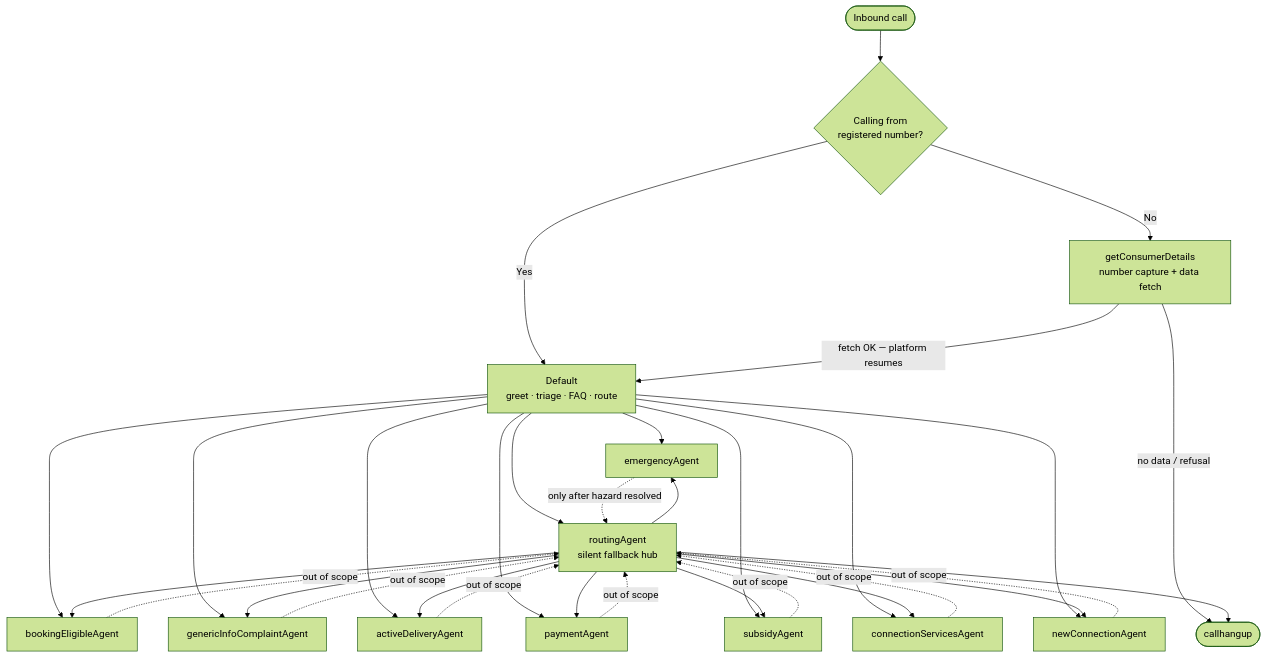
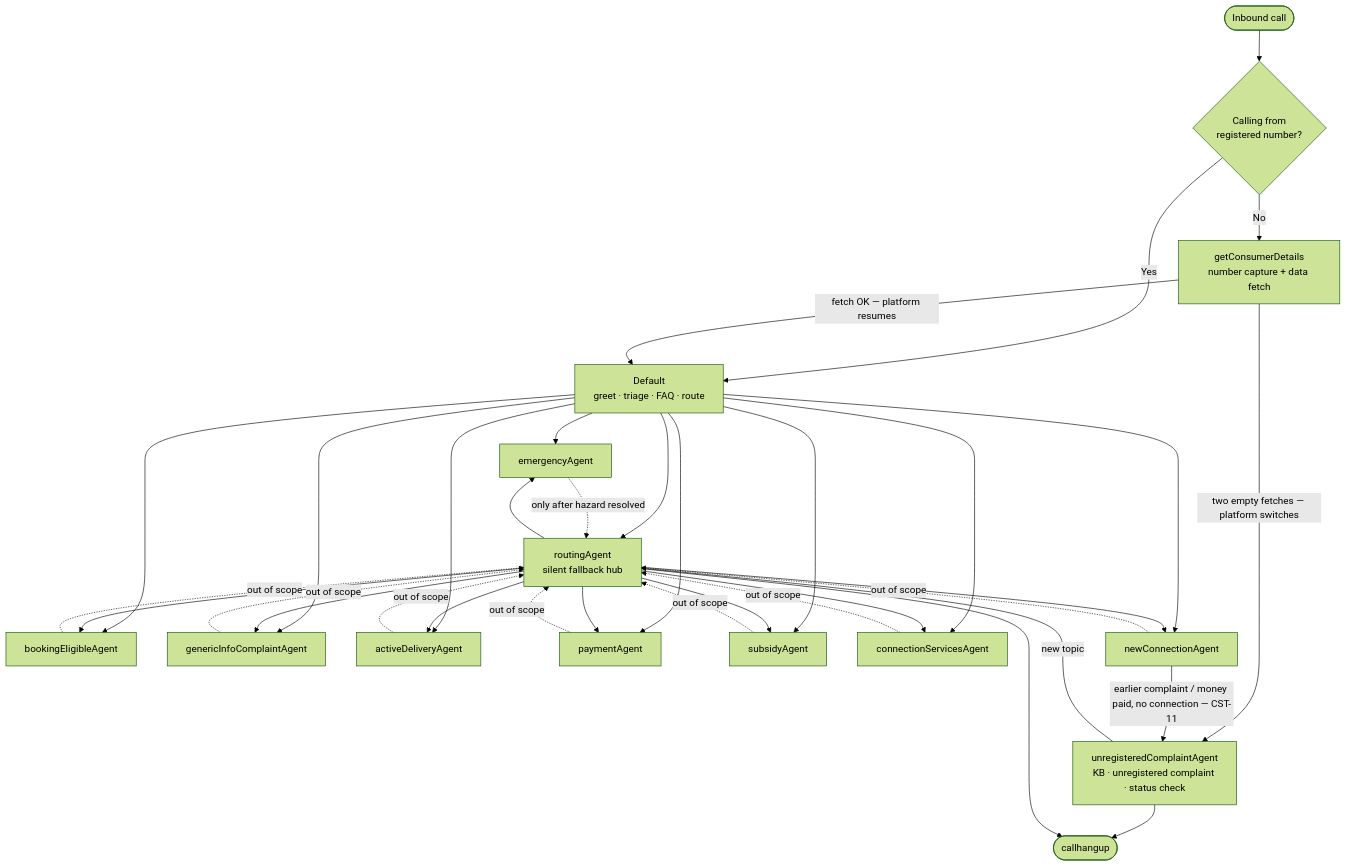
One commit to vijay-vo/vo_prompts changed the diagram in bpcl_prompts/bpcl_showroom_crc/docs/agent-workflow.md. Above: the diagram before and after it, drawn with Mermaid (forest theme). The commit also changed other lines of this file and 22 other files, not shown here.

First line of the commit message:
CRC: bpcl_showroom_crc copied as-is from crc-complaint-status (production), rest of main unchanged

````diff
--- a/bpcl_prompts/bpcl_showroom_crc/docs/agent-workflow.md
+++ b/bpcl_prompts/bpcl_showroom_crc/docs/agent-workflow.md
@@ -11,39 +11,42 @@
 ```mermaid
 graph TD
     START([Inbound call]) --> REG{Calling from<br/>registered number?}
 
     REG -->|No| GCD[getConsumerDetails<br/>number capture + data fetch]
     REG -->|Yes| DEF
 
     GCD -->|fetch OK — platform resumes| DEF[Default<br/>greet · triage · FAQ · route]
-    GCD -->|no data / refusal| HANG([callhangup])
+    GCD -->|two empty fetches — platform switches| UNREG[unregisteredComplaintAgent<br/>KB · unregistered complaint · status check]
+    UNREG -->|new topic| ROUTE
+    UNREG --> HANG([callhangup])
 
     DEF --> EMG[emergencyAgent]
     DEF --> BOOK[bookingEligibleAgent]
     DEF --> GIC[genericInfoComplaintAgent]
     DEF --> ADEL[activeDeliveryAgent]
     DEF --> PAY[paymentAgent]
     DEF --> SUB[subsidyAgent]
     DEF --> CONN[connectionServicesAgent]
     DEF --> NEW[newConnectionAgent]
     DEF --> ROUTE[routingAgent<br/>silent fallback hub]
 
     ROUTE --> EMG
     ROUTE --> BOOK
     ROUTE --> GIC
     ROUTE --> ADEL
     ROUTE --> PAY
     ROUTE --> SUB
     ROUTE --> CONN
     ROUTE --> NEW
     ROUTE --> HANG
 
     BOOK -.out of scope.-> ROUTE
     GIC -.out of scope.-> ROUTE
     ADEL -.out of scope.-> ROUTE
     PAY -.out of scope.-> ROUTE
     SUB -.out of scope.-> ROUTE
     CONN -.out of scope.-> ROUTE
     NEW -.out of scope.-> ROUTE
+    NEW -->|earlier complaint / money paid, no connection — CST-11| UNREG
     EMG -.only after hazard resolved.-> ROUTE
 ```
````
